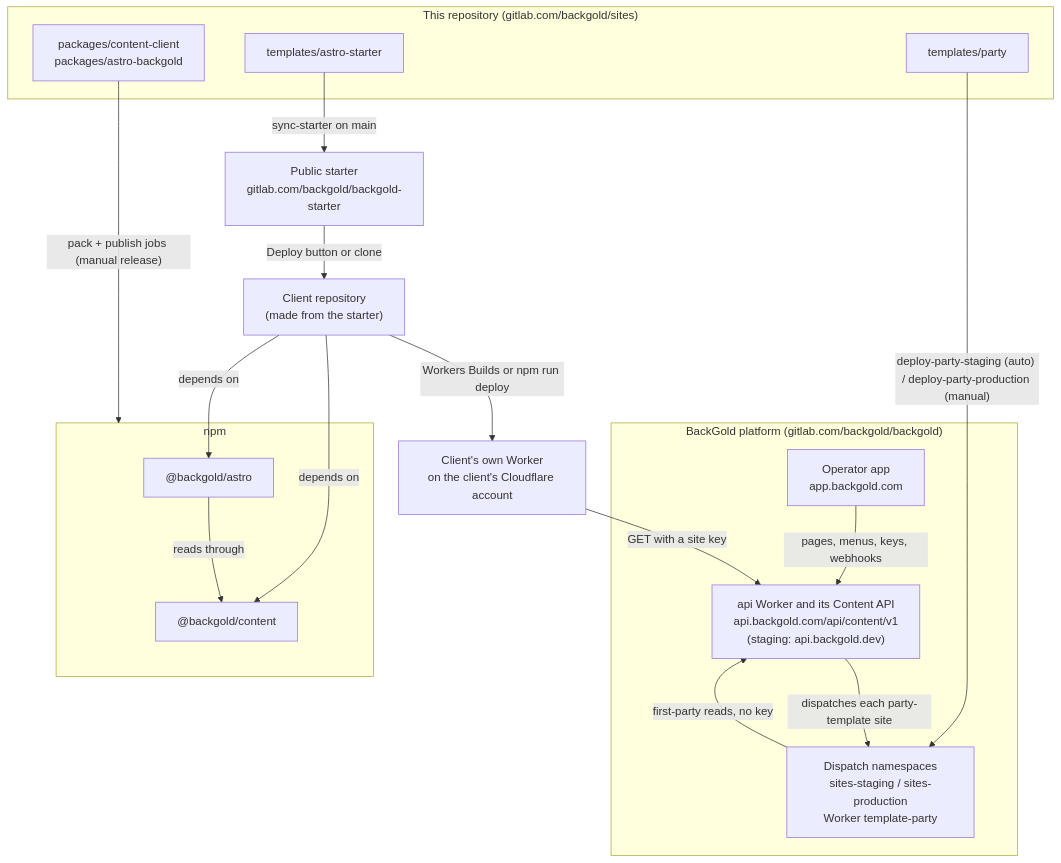
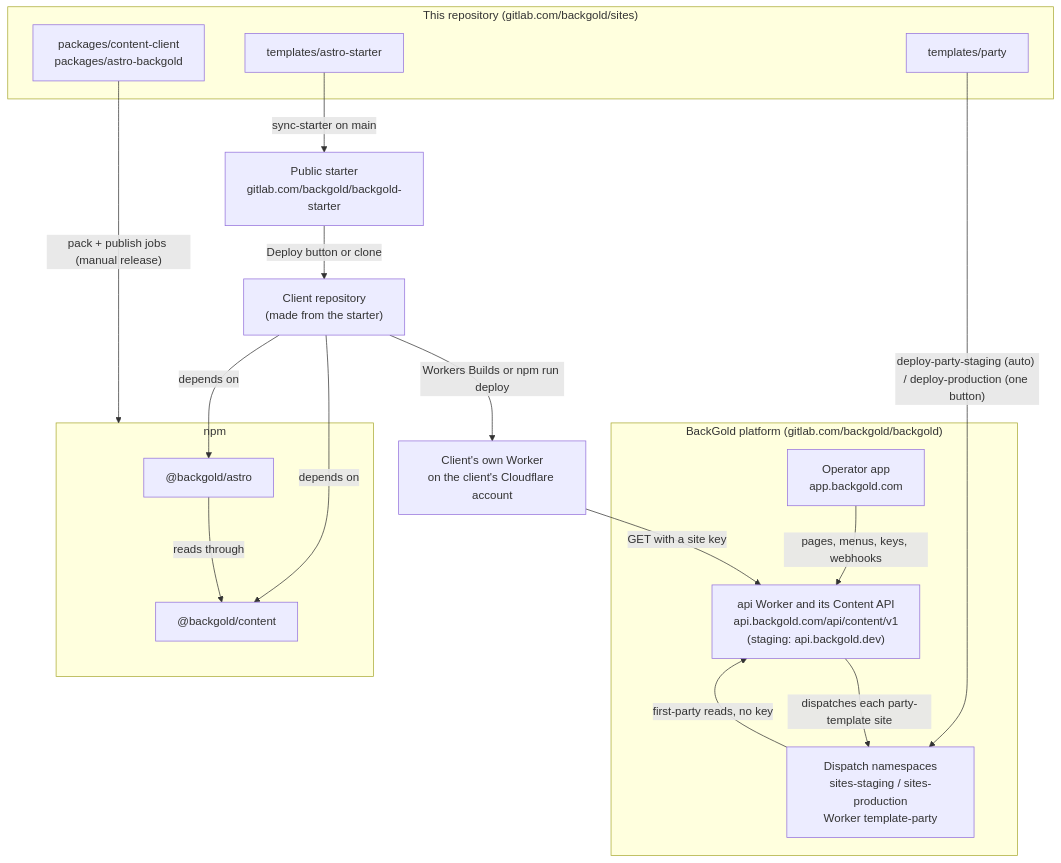
One commit to BackGoldHQ/sites changed the diagram in docs/CLIENT-SITES.md. Above: the diagram before and after it, drawn with Mermaid. The commit also changed other lines of this file and 3 other files, not shown here.

Commit message:
CI: one deploy-production button for the template sites

````diff
--- a/docs/CLIENT-SITES.md
+++ b/docs/CLIENT-SITES.md
@@ -39,33 +39,33 @@
 ```mermaid
 flowchart TB
   subgraph platform["BackGold platform (gitlab.com/backgold/backgold)"]
     app["Operator app<br/>app.backgold.com"]
     api["api Worker and its Content API<br/>api.backgold.com/api/content/v1<br/>(staging: api.backgold.dev)"]
     wfp["Dispatch namespaces<br/>sites-staging / sites-production<br/>Worker template-party"]
   end
   subgraph sites["This repository (gitlab.com/backgold/sites)"]
     pkgs["packages/content-client<br/>packages/astro-backgold"]
     party["templates/party"]
     starterSrc["templates/astro-starter"]
   end
   subgraph npm["npm"]
     content["@backgold/content"]
     astro["@backgold/astro"]
   end
   starterRepo["Public starter<br/>gitlab.com/backgold/backgold-starter"]
   client["Client repository<br/>(made from the starter)"]
   clientWorker["Client's own Worker<br/>on the client's Cloudflare account"]
 
   app -->|"pages, menus, keys, webhooks"| api
   pkgs -->|"pack + publish jobs (manual release)"| npm
   starterSrc -->|"sync-starter on main"| starterRepo
   starterRepo -->|"Deploy button or clone"| client
   client -->|"depends on"| astro
   client -->|"depends on"| content
   astro -->|"reads through"| content
   client -->|"Workers Builds or npm run deploy"| clientWorker
   clientWorker -->|"GET with a site key"| api
-  party -->|"deploy-party-staging (auto) / deploy-party-production (manual)"| wfp
+  party -->|"deploy-party-staging (auto) / deploy-production (one button)"| wfp
   api -->|"dispatches each party-template site"| wfp
   wfp -->|"first-party reads, no key"| api
 ```
````
